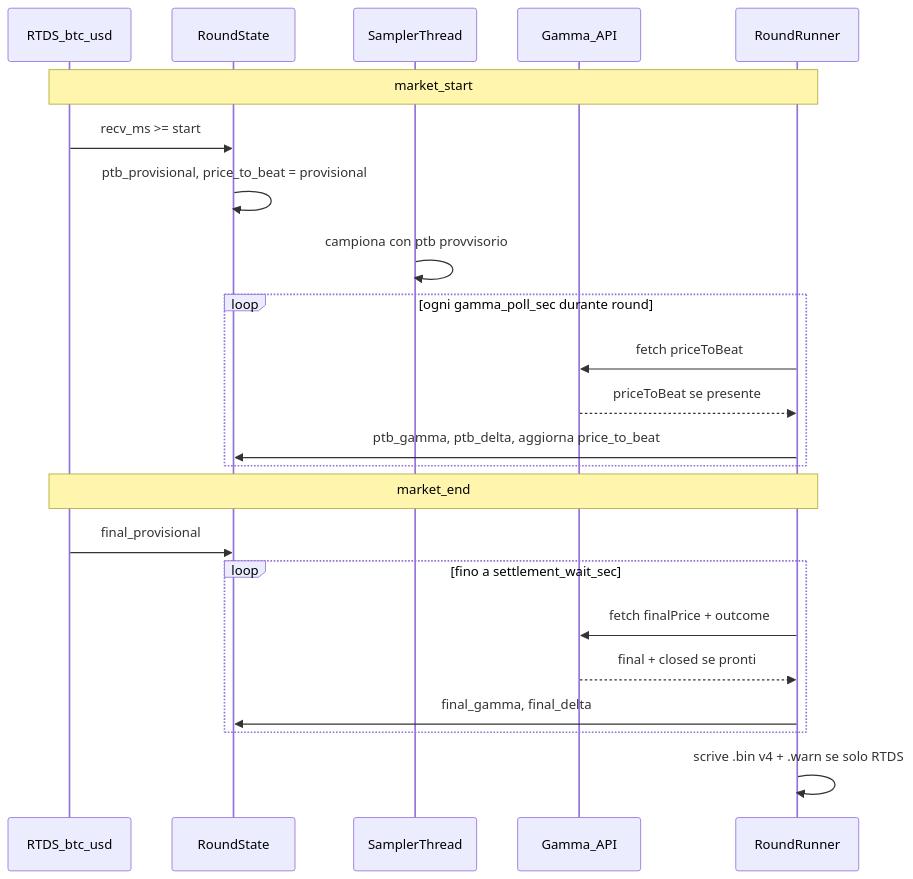
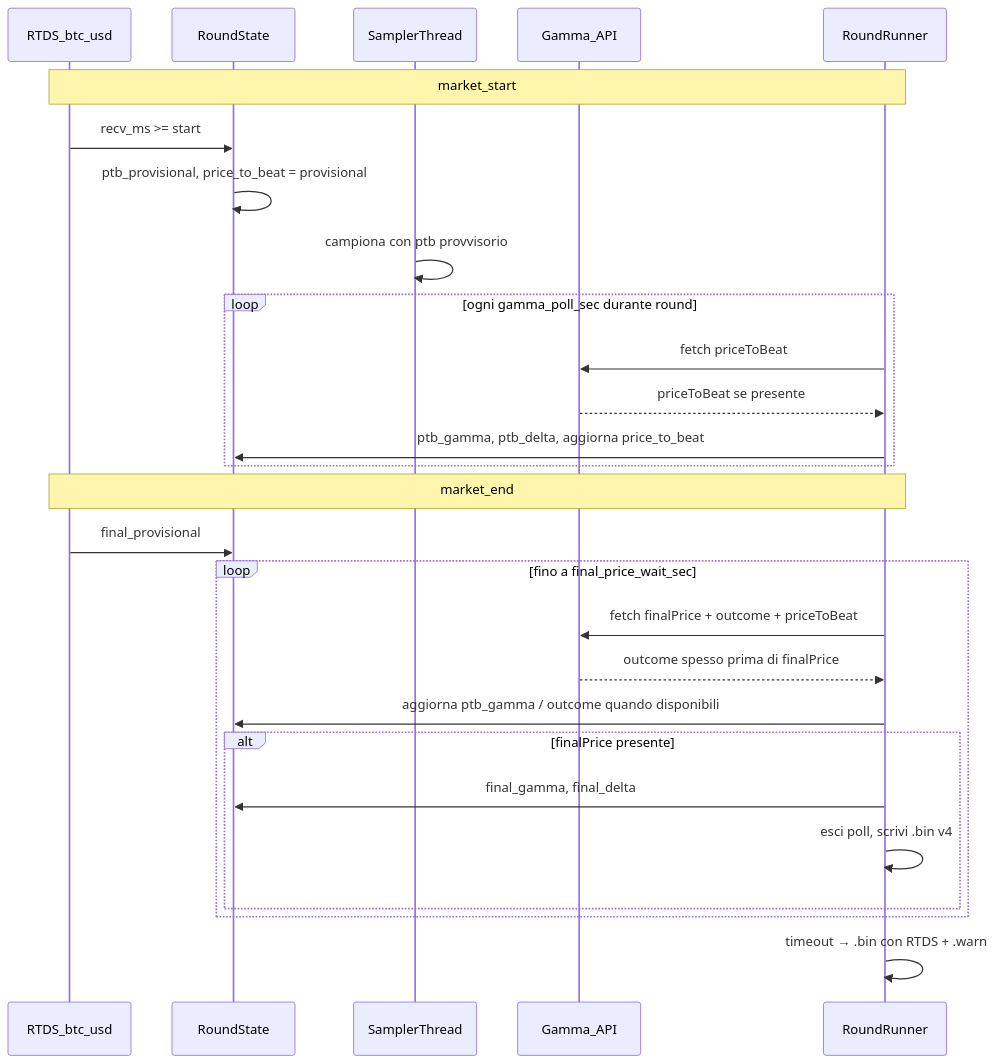
The diagram in .cursor/plans/ptb_provvisorio_v4_d0c2cead.plan.md (SaveKiller/btc5min), drawn with Mermaid before and after one commit. The commit also changed other lines of this file and 17 other files, not shown here.

````diff
--- a/.cursor/plans/ptb_provvisorio_v4_d0c2cead.plan.md
+++ b/.cursor/plans/ptb_provvisorio_v4_d0c2cead.plan.md
@@ -57,28 +72,32 @@
 ```mermaid
 sequenceDiagram
     participant RTDS as RTDS_btc_usd
     participant RS as RoundState
     participant Sampler as SamplerThread
     participant Gamma as Gamma_API
     participant RR as RoundRunner
 
     Note over RTDS,RR: market_start
     RTDS->>RS: recv_ms >= start
     RS->>RS: ptb_provisional, price_to_beat = provisional
     Sampler->>Sampler: campiona con ptb provvisorio
 
     loop ogni gamma_poll_sec durante round
         RR->>Gamma: fetch priceToBeat
         Gamma-->>RR: priceToBeat se presente
         RR->>RS: ptb_gamma, ptb_delta, aggiorna price_to_beat
     end
 
     Note over RTDS,RR: market_end
     RTDS->>RS: final_provisional
-    loop fino a settlement_wait_sec
-        RR->>Gamma: fetch finalPrice + outcome
-        Gamma-->>RR: final + closed se pronti
-        RR->>RS: final_gamma, final_delta
+    loop fino a final_price_wait_sec
+        RR->>Gamma: fetch finalPrice + outcome + priceToBeat
+        Gamma-->>RR: outcome spesso prima di finalPrice
+        RR->>RS: aggiorna ptb_gamma / outcome quando disponibili
+        alt finalPrice presente
+            RR->>RS: final_gamma, final_delta
+            RR->>RR: esci poll, scrivi .bin v4
+        end
     end
-    RR->>RR: scrive .bin v4 + .warn se solo RTDS
+    RR->>RR: timeout → .bin con RTDS + .warn
 ```
````
